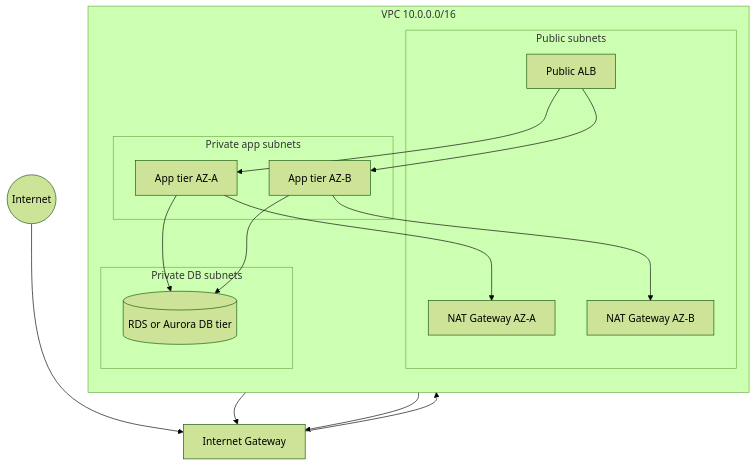
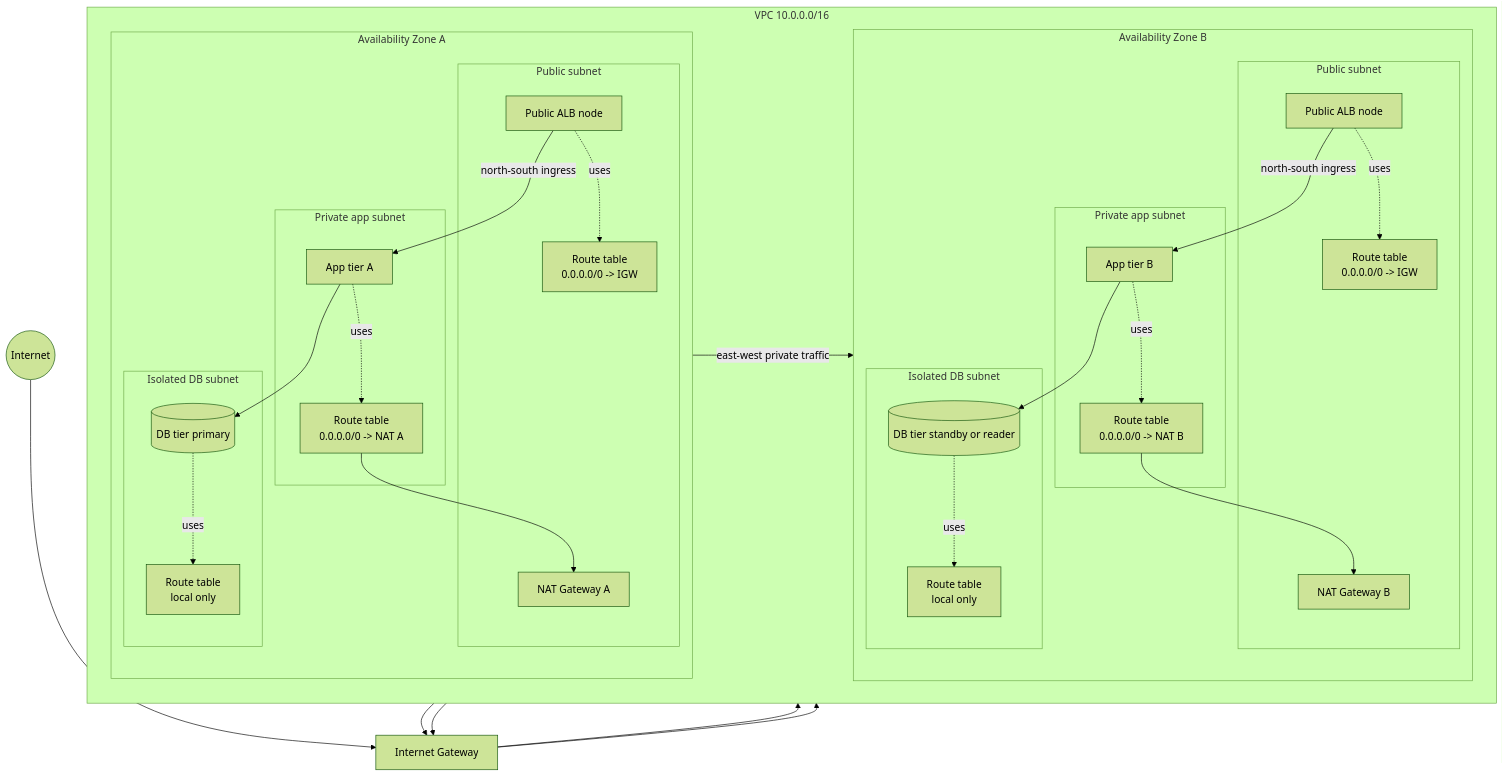
Before and after one commit to rooneyviet/aws-learning-obsidian: the diagram in 05 - Networking, DNS, and Edge/Amazon VPC.md, drawn with Mermaid (forest theme). The commit also changed 16 other files, not shown here.

Commit message:
update diagrams

````diff
--- a/05 - Networking, DNS, and Edge/Amazon VPC.md
+++ b/05 - Networking, DNS, and Edge/Amazon VPC.md
@@ -27,33 +27,60 @@
 ```mermaid
 flowchart TB
     Internet((Internet)) --> IGW[Internet Gateway]
 
     subgraph VPC["VPC 10.0.0.0/16"]
-        direction TB
+        direction LR
 
-        subgraph Public["Public subnets"]
-            ALB[Public ALB]
-            NATA[NAT Gateway AZ-A]
-            NATB[NAT Gateway AZ-B]
+        subgraph AZA["Availability Zone A"]
+            direction TB
+            subgraph PublicA["Public subnet"]
+                ALBA[Public ALB node]
+                NATA[NAT Gateway A]
+                PubRTA["Route table\n0.0.0.0/0 -> IGW"]
+            end
+            subgraph PrivateAppA["Private app subnet"]
+                AppA[App tier A]
+                AppRTA["Route table\n0.0.0.0/0 -> NAT A"]
+            end
+            subgraph PrivateDBA["Isolated DB subnet"]
+                DBA[(DB tier primary)]
+                DBRTA["Route table\nlocal only"]
+            end
         end
 
-        subgraph PrivateApp["Private app subnets"]
-            AppA[App tier AZ-A]
-            AppB[App tier AZ-B]
-        end
-
-        subgraph PrivateDB["Private DB subnets"]
-            DB[(RDS or Aurora DB tier)]
+        subgraph AZB["Availability Zone B"]
+            direction TB
+            subgraph PublicB["Public subnet"]
+                ALBB[Public ALB node]
+                NATB[NAT Gateway B]
+                PubRTB["Route table\n0.0.0.0/0 -> IGW"]
+            end
+            subgraph PrivateAppB["Private app subnet"]
+                AppB[App tier B]
+                AppRTB["Route table\n0.0.0.0/0 -> NAT B"]
+            end
+            subgraph PrivateDBB["Isolated DB subnet"]
+                DBB[(DB tier standby or reader)]
+                DBRTB["Route table\nlocal only"]
+            end
         end
     end
 
-    IGW --> ALB
-    ALB --> AppA
-    ALB --> AppB
-    AppA --> DB
-    AppB --> DB
-    AppA --> NATA
-    AppB --> NATB
+    IGW --> ALBA
+    IGW --> ALBB
+    ALBA -->|north-south ingress| AppA
+    ALBB -->|north-south ingress| AppB
+    AppA -->|east-west private traffic| AppB
+    AppA --> DBA
+    AppB --> DBB
+    AppA -. uses .-> AppRTA
+    AppB -. uses .-> AppRTB
+    ALBA -. uses .-> PubRTA
+    ALBB -. uses .-> PubRTB
+    DBA -. uses .-> DBRTA
+    DBB -. uses .-> DBRTB
+    AppRTA --> NATA
+    AppRTB --> NATB
     NATA --> IGW
     NATB --> IGW
 ```
````
